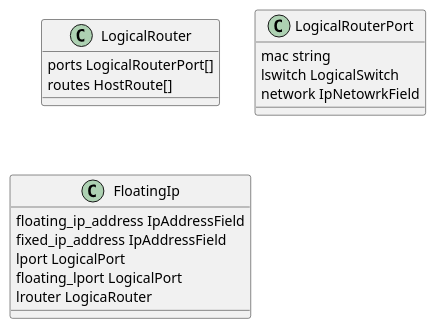
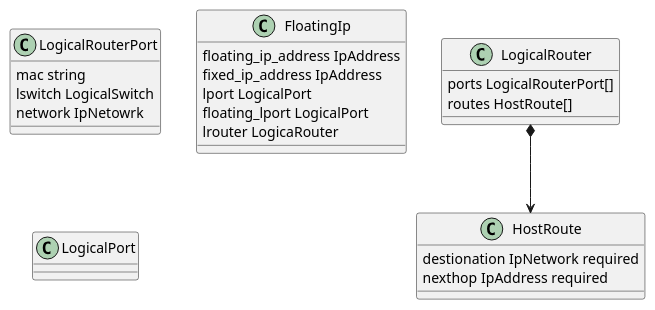
The diagram in uml/db/models/l3.puml (ChaosXu/dragonflow), drawn with PlantUML before and after one commit. The commit also changed 6 other files, not shown here.

Commit message:
add: dhcp uml

```diff
--- a/uml/db/models/l3.puml
+++ b/uml/db/models/l3.puml
@@ -1,18 +1,26 @@
 @startuml l3
 class LogicalRouter {
     ports LogicalRouterPort[]
     routes HostRoute[]
 }
 class LogicalRouterPort {
     mac string
     lswitch LogicalSwitch
-    network IpNetowrkField
+    network IpNetowrk
 }
 class FloatingIp {
-    floating_ip_address IpAddressField
-    fixed_ip_address IpAddressField
+    floating_ip_address IpAddress
+    fixed_ip_address IpAddress
     lport LogicalPort 
     floating_lport LogicalPort
     lrouter LogicaRouter
 }
+class HostRoute {
+    destionation IpNetwork required
+    nexthop IpAddress required
+}
+class LogicalPort {
+
+}
+LogicalRouter*-->HostRoute
 @enduml
```
